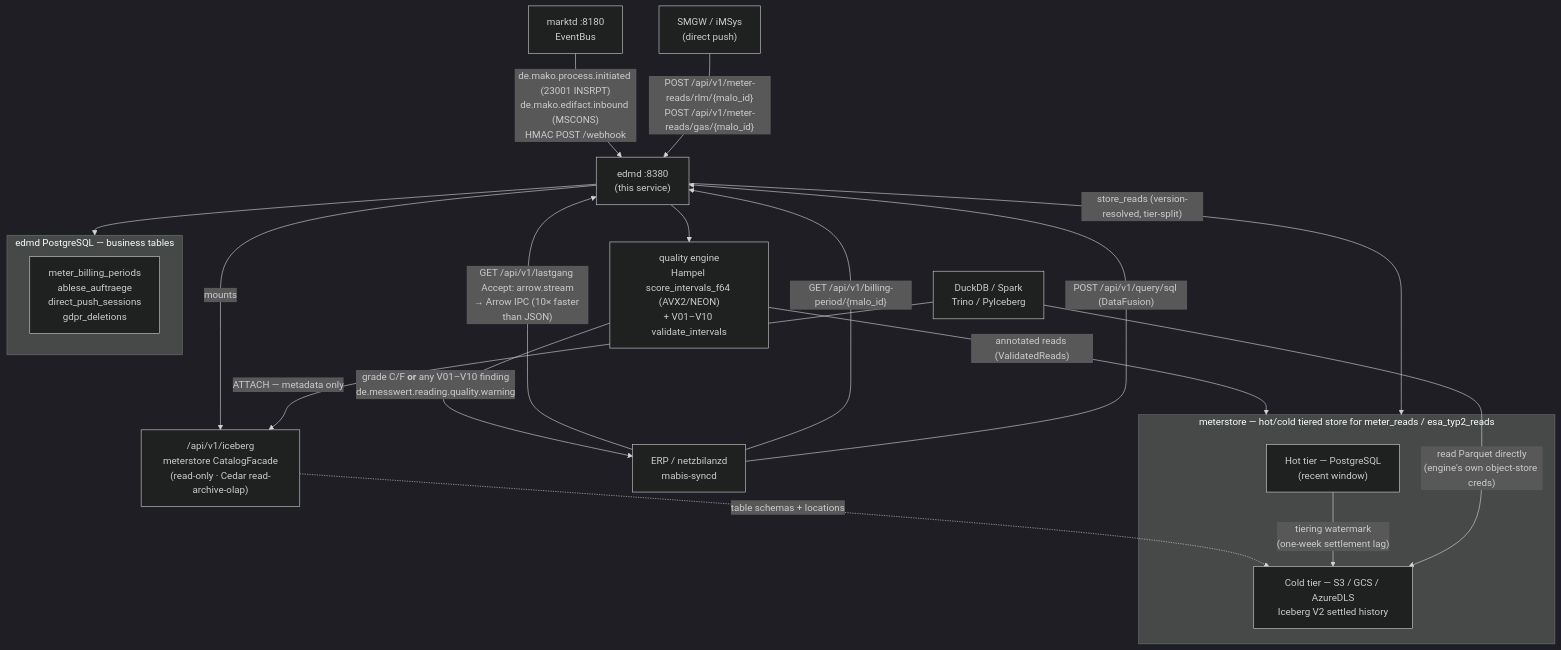
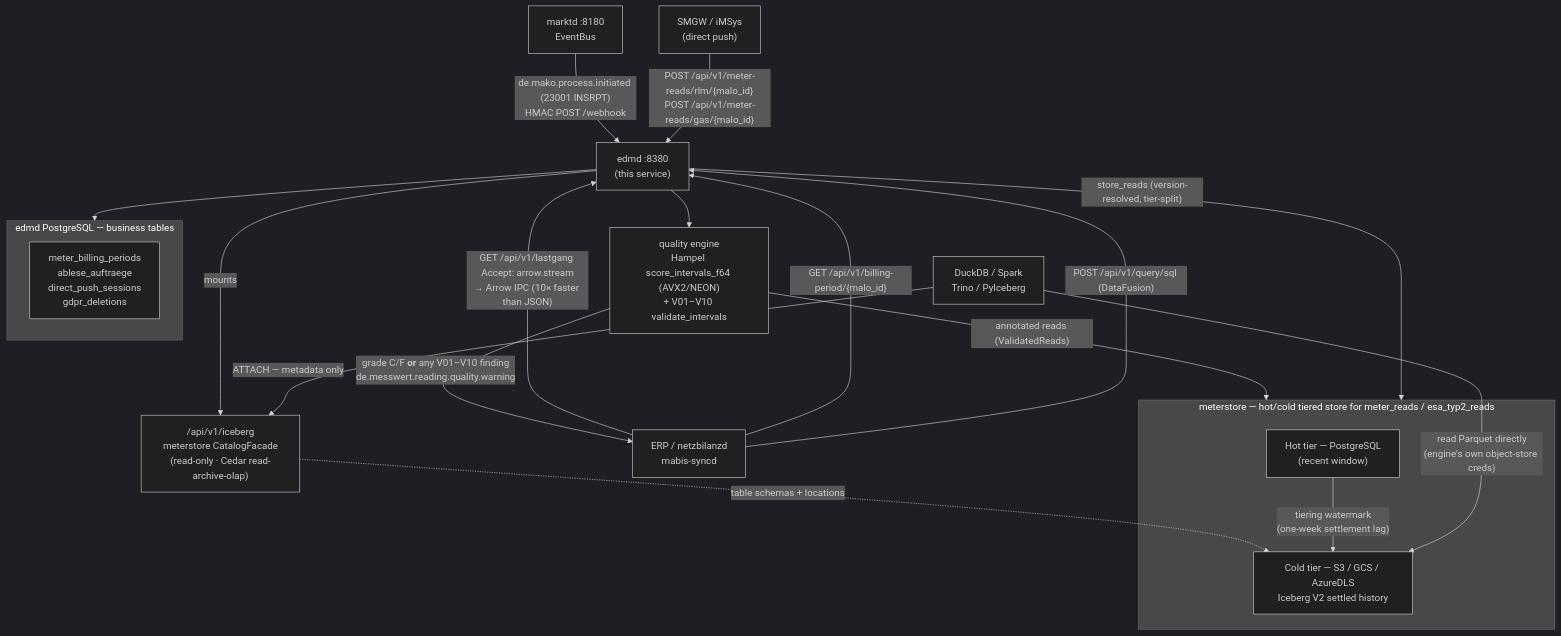
Before and after one commit to hupe1980/mako: the first of 4 diagrams in site/content/docs/services/edmd.md, drawn with Mermaid (dark theme). The commit also changed other lines of this file and 11 other files, not shown here.

````diff
--- a/site/content/docs/services/edmd.md
+++ b/site/content/docs/services/edmd.md
@@ -44,36 +44,36 @@
 ```mermaid
 graph TB
     marktd["marktd :8180<br/>EventBus"]
     smgw["SMGW / iMSys<br/>(direct push)"]
     edmd["edmd :8380<br/>(this service)"]
 
     subgraph store["meterstore — hot/cold tiered store for meter_reads / esa_typ2_reads"]
         hot["Hot tier — PostgreSQL<br/>(recent window)"]
         cold["Cold tier — S3 / GCS / AzureDLS<br/>Iceberg V2 settled history"]
     end
 
     subgraph edmdpg["edmd PostgreSQL — business tables"]
         biz["meter_billing_periods<br/>ablese_auftraege<br/>direct_push_sessions<br/>gdpr_deletions"]
     end
 
     erp["ERP / netzbilanzd<br/>mabis-syncd"]
     duckdb["DuckDB / Spark<br/>Trino / PyIceberg"]
     catalog["/api/v1/iceberg<br/>meterstore CatalogFacade<br/>(read-only · Cedar read-archive-olap)"]
     qa["quality engine<br/>Hampel score_intervals_f64 (AVX2/NEON)<br/>+ V01–V10 validate_intervals"]
 
-    marktd -->|"de.mako.process.initiated (23001 INSRPT)<br/>de.mako.edifact.inbound (MSCONS)<br/>HMAC POST /webhook"| edmd
+    marktd -->|"de.mako.process.initiated (23001 INSRPT)<br/>HMAC POST /webhook"| edmd
     smgw -->|"POST /api/v1/meter-reads/rlm/{malo_id}<br/>POST /api/v1/meter-reads/gas/{malo_id}"| edmd
     edmd --> qa
     qa -->|"annotated reads (ValidatedReads)"| store
     qa -->|"grade C/F <b>or</b> any V01–V10 finding<br/>de.messwert.reading.quality.warning"| erp
     edmd -->|"store_reads (version-resolved, tier-split)"| store
     edmd --> edmdpg
     edmd -->|"mounts"| catalog
     catalog -.->|"table schemas + locations"| cold
     hot -->|"tiering watermark<br/>(one-week settlement lag)"| cold
     erp -->|"GET /api/v1/lastgang Accept: arrow.stream<br/>→ Arrow IPC (10× faster than JSON)"| edmd
     erp -->|"GET /api/v1/billing-period/{malo_id}"| edmd
     erp -->|"POST /api/v1/query/sql (DataFusion)"| edmd
     duckdb -->|"ATTACH — metadata only"| catalog
     duckdb -->|"read Parquet directly<br/>(engine's own object-store creds)"| cold
 ```
````
